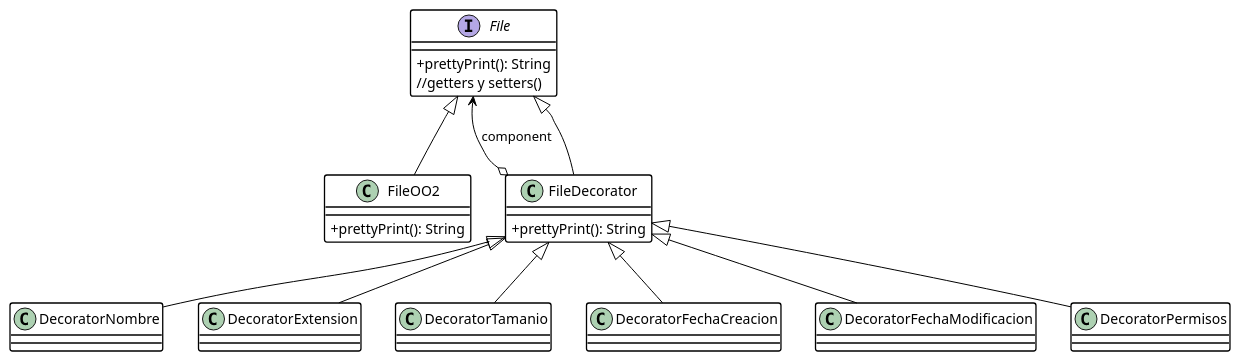
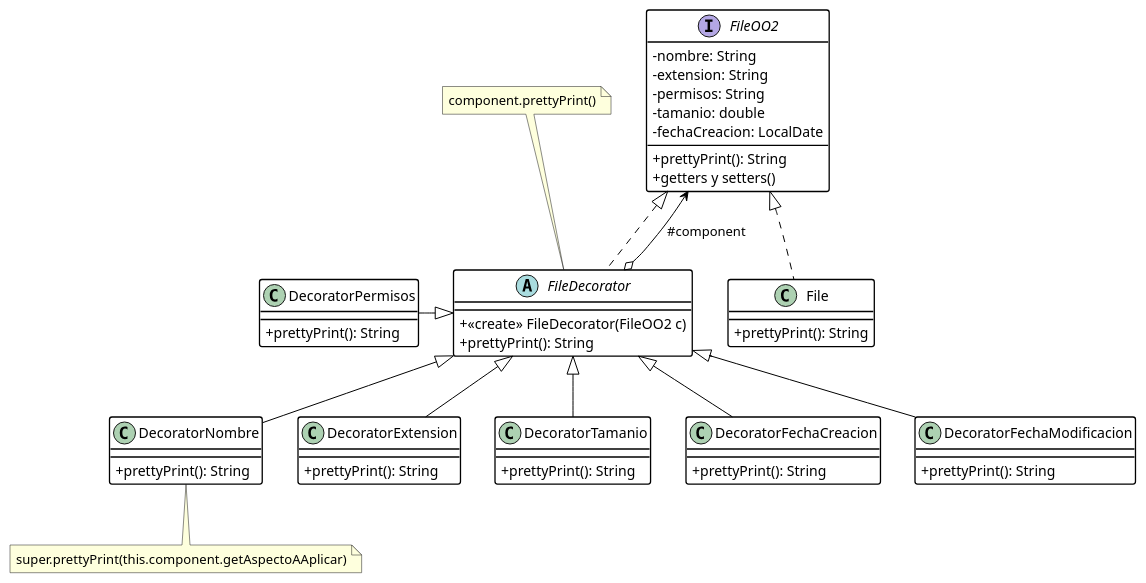
Before and after one commit to cd-paliv/oo2: the diagram in target/classes/practica4/ejercicio2/ej2.wsd, drawn with PlantUML. The commit also changed 21 other files, not shown here.

```diff
--- a/target/classes/practica4/ejercicio2/ej2.wsd
+++ b/target/classes/practica4/ejercicio2/ej2.wsd
@@ -1,55 +1,59 @@
 @startuml ej2
 skinparam ClassBackgroundColor transparent
 skinparam classAttributeIconSize 0 
 skinparam ClassBorderThickness 1.3
 skinparam ClassBorderColor Black
 skinparam ArrowColor Black
 skinparam shadowing false
 
-interface File{
+interface FileOO2{
+    -nombre: String
+    -extension: String
+    -permisos: String
+    -tamanio: double
+    -fechaCreacion: LocalDate
     +prettyPrint(): String
-    //getters y setters()
+    +getters y setters()
 }
 
-class FileOO2{
+class File implements FileOO2{
     +prettyPrint(): String
 }
-File <|-- FileOO2
 
-class FileDecorator{
+
+abstract FileDecorator implements FileOO2{
+    +<<create>> FileDecorator(FileOO2 c)
     +prettyPrint(): String
 }
-File <--o FileDecorator : component
-File <|-- FileDecorator
+FileOO2 <--o FileDecorator : #component
+note "component.prettyPrint()" as N1
+FileDecorator .u. N1
 
-class DecoratorNombre{
+class DecoratorNombre extends FileDecorator{
+    +prettyPrint(): String
+}
+note "super.prettyPrint(this.component.getAspectoAAplicar)" as N2
+N2 .u. DecoratorNombre
 
+class DecoratorExtension extends FileDecorator{
+    +prettyPrint(): String
 }
 
-class DecoratorExtension{
-
+class DecoratorTamanio extends FileDecorator{
+    +prettyPrint(): String
 }
 
-class DecoratorTamanio{
-
+class DecoratorFechaCreacion extends FileDecorator{
+    +prettyPrint(): String
 }
 
-class DecoratorFechaCreacion{
-
-}
-
-class DecoratorFechaModificacion{
-
+class DecoratorFechaModificacion extends FileDecorator{
+    +prettyPrint(): String
 }
 
 class DecoratorPermisos{
+    +prettyPrint(): String
+}
+FileDecorator <|-l- DecoratorPermisos
 
-}
-
-FileDecorator <|-d- DecoratorNombre
-FileDecorator <|-d- DecoratorExtension
-FileDecorator <|-d- DecoratorTamanio
-FileDecorator <|-d- DecoratorFechaCreacion
-FileDecorator <|-d- DecoratorFechaModificacion
-FileDecorator <|-d- DecoratorPermisos
 @enduml
```
